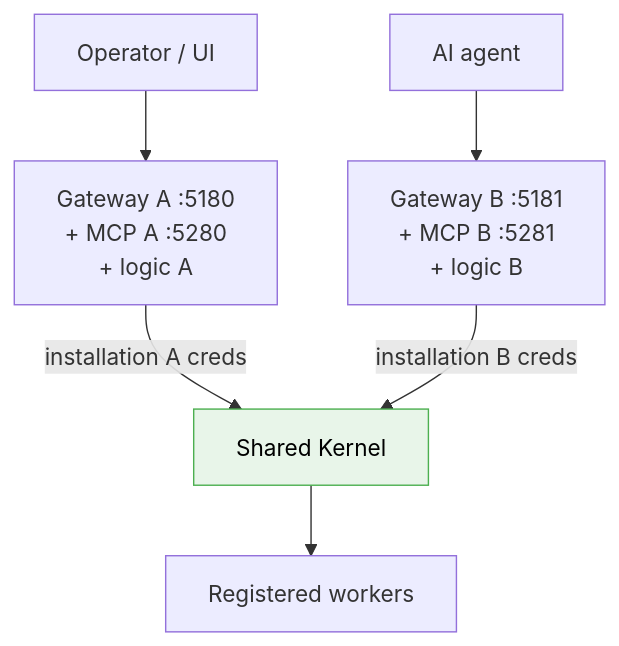
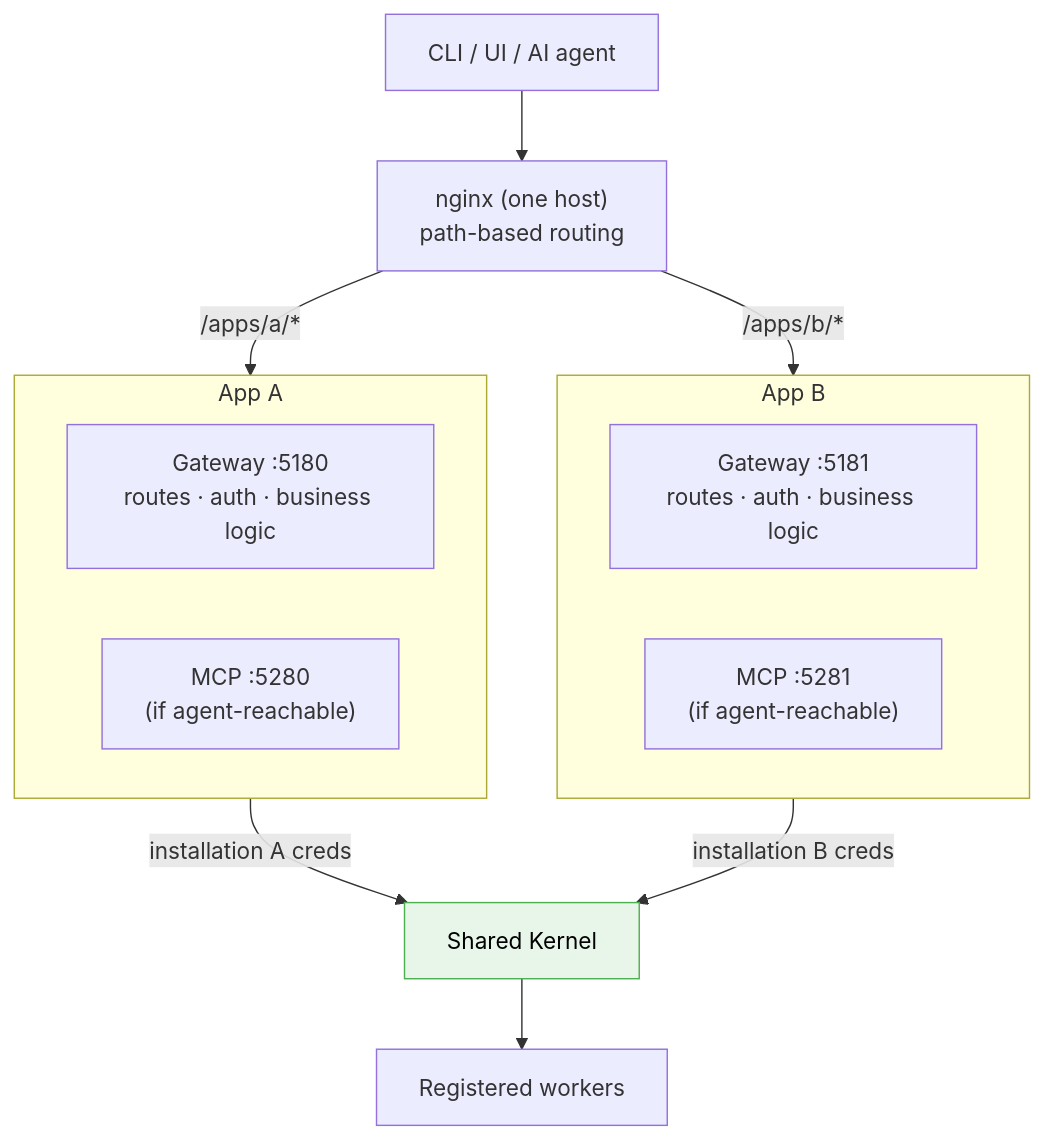
Before and after one commit to ankit-tether/mdk-be: the first of 2 diagrams in docs/hld-app-gateway.md, drawn with Mermaid. The commit also changed other lines of this file, not shown here.

First line of the commit message:
Refine High-Level Design for Gateway Topology and App Isolation

````diff
--- a/docs/hld-app-gateway.md
+++ b/docs/hld-app-gateway.md
@@ -36,10 +35,22 @@
 ```mermaid
 flowchart TD
-  U1["Operator / UI"] --> GA["Gateway A :5180<br/>+ MCP A :5280<br/>+ logic A"]
-  U2["AI agent"] --> GB["Gateway B :5181<br/>+ MCP B :5281<br/>+ logic B"]
-  GA -->|"installation A creds"| K["Shared Kernel"]
-  GB -->|"installation B creds"| K
+  C["CLI / UI / AI agent"] --> N["nginx (one host)<br/>path-based routing"]
+
+  subgraph appA["App A"]
+    GA["Gateway :5180<br/>routes · auth · business logic"]
+    MA["MCP :5280<br/>(if agent-reachable)"]
+  end
+
+  subgraph appB["App B"]
+    GB["Gateway :5181<br/>routes · auth · business logic"]
+    MB["MCP :5281<br/>(if agent-reachable)"]
+  end
+
+  N -->|"/apps/a/*"| appA
+  N -->|"/apps/b/*"| appB
+  appA -->|"installation A creds"| K["Shared Kernel"]
+  appB -->|"installation B creds"| K
   K --> W["Registered workers"]
 
   style K fill:#e8f5e9,stroke:#4caf50,color:#000
 ```
````
